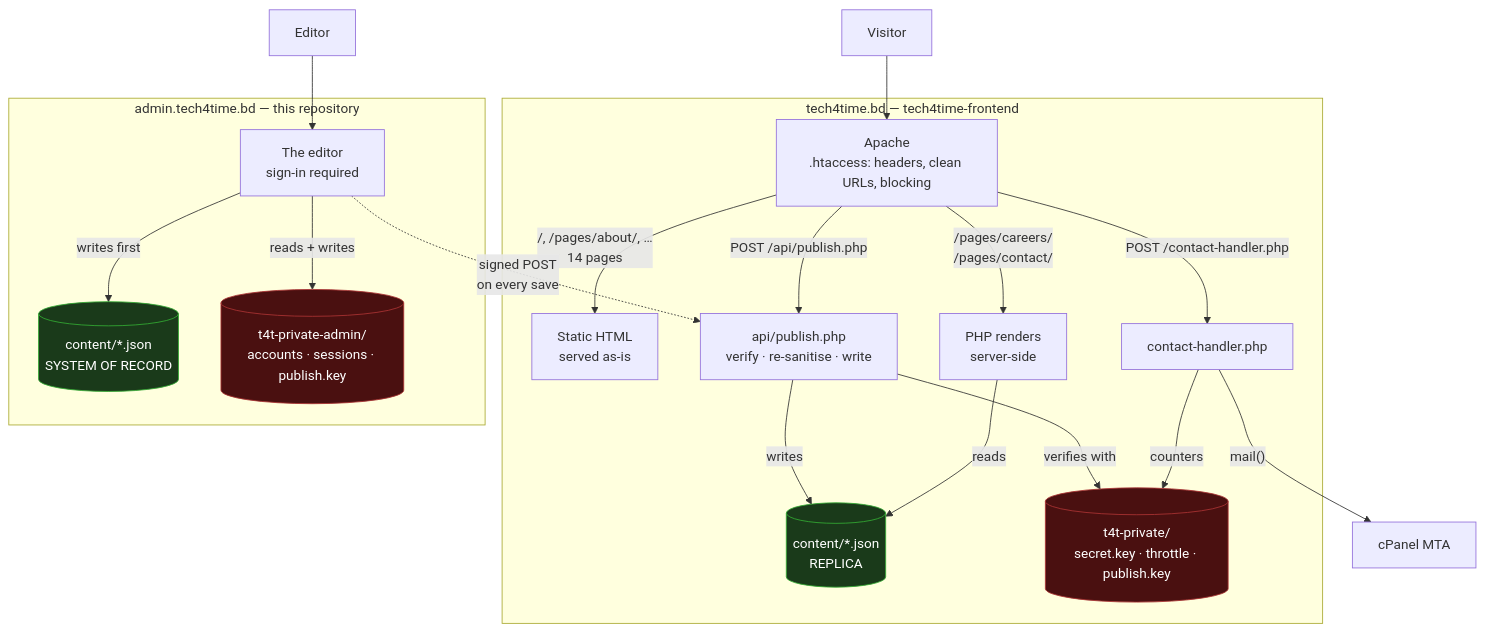
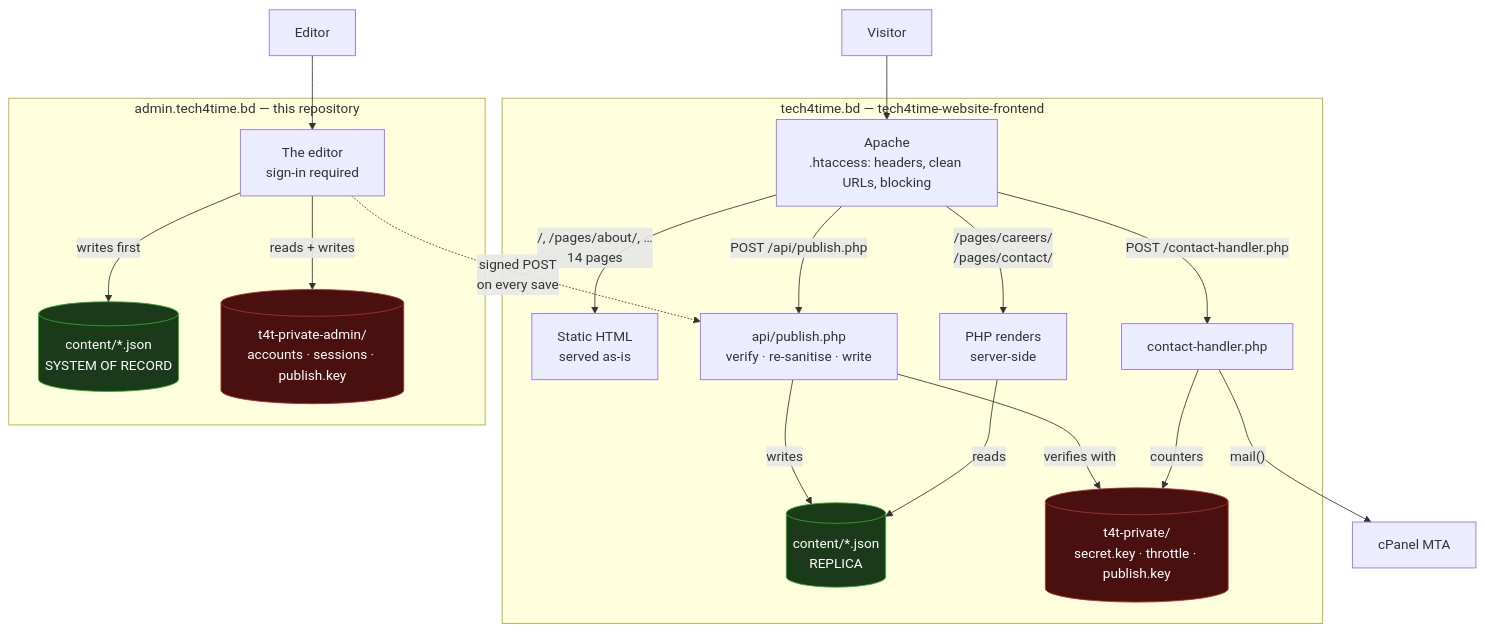
The first of 4 diagrams in docs/00-orientation/architecture.md (M-s-Tech4TIME/tech4time-backend), drawn with Mermaid before and after one commit. The commit also changed other lines of this file and 40 other files, not shown here.

````diff
--- a/docs/00-orientation/architecture.md
+++ b/docs/00-orientation/architecture.md
@@ -12,40 +12,40 @@
 ```mermaid
 flowchart TB
-    subgraph FE["tech4time.bd — tech4time-frontend"]
+    subgraph FE["tech4time.bd — tech4time-website-frontend"]
         AP["Apache<br/>.htaccess: headers, clean URLs, blocking"]
         ST["Static HTML<br/>served as-is"]
         PHP["PHP renders<br/>server-side"]
         CH["contact-handler.php"]
         API["api/publish.php<br/>verify · re-sanitise · write"]
         CJ[("content/*.json<br/>REPLICA")]
         PS[("t4t-private/<br/>secret.key · throttle · publish.key")]
     end
 
     subgraph BE["admin.tech4time.bd — this repository"]
         ADM["The editor<br/>sign-in required"]
         BJ[("content/*.json<br/>SYSTEM OF RECORD")]
         BPS[("t4t-private-admin/<br/>accounts · sessions · publish.key")]
     end
 
     V["Visitor"] --> AP
     AP -->|"/, /pages/about/, …<br/>14 pages"| ST
     AP -->|"/pages/careers/<br/>/pages/contact/"| PHP
     AP -->|"POST /contact-handler.php"| CH
     AP -->|"POST /api/publish.php"| API
 
     PHP -->|reads| CJ
     API -->|writes| CJ
     CH -->|"mail()"| MX["cPanel MTA"]
     CH -->|counters| PS
     API -->|verifies with| PS
 
     E["Editor"] --> ADM
     ADM -->|writes first| BJ
     ADM -->|reads + writes| BPS
     ADM -.->|"signed POST<br/>on every save"| API
 
     style PS fill:#4a1010,stroke:#a33,color:#fff
     style BPS fill:#4a1010,stroke:#a33,color:#fff
     style CJ fill:#1a3a1a,stroke:#3a3,color:#fff
     style BJ fill:#1a3a1a,stroke:#3a3,color:#fff
 ```
````
